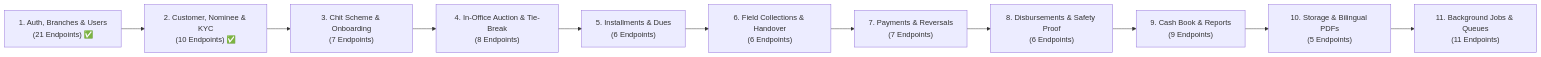
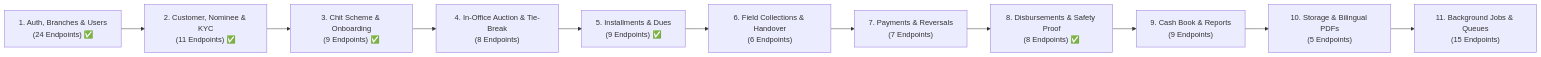
One commit to Kathir-24/Kumaran-finance changed the second of 2 diagrams in apps/api/scripts/docs/master-live-server-e2e-verification-plan.md. Above: the diagram before and after it, drawn with Mermaid. The commit also changed other lines of this file and 14 other files, not shown here.

````diff
--- a/apps/api/scripts/docs/master-live-server-e2e-verification-plan.md
+++ b/apps/api/scripts/docs/master-live-server-e2e-verification-plan.md
@@ -68,13 +68,13 @@
 ```mermaid
 flowchart LR
-    S1["1. Auth, Branches & Users\n(21 Endpoints) ✅"] --> S2["2. Customer, Nominee & KYC\n(10 Endpoints) ✅"]
-    S2 --> S3["3. Chit Scheme & Onboarding\n(7 Endpoints)"]
+    S1["1. Auth, Branches & Users\n(24 Endpoints) ✅"] --> S2["2. Customer, Nominee & KYC\n(11 Endpoints) ✅"]
+    S2 --> S3["3. Chit Scheme & Onboarding\n(9 Endpoints) ✅"]
     S3 --> S4["4. In-Office Auction & Tie-Break\n(8 Endpoints)"]
-    S4 --> S5["5. Installments & Dues\n(6 Endpoints)"]
+    S4 --> S5["5. Installments & Dues\n(9 Endpoints) ✅"]
     S5 --> S6["6. Field Collections & Handover\n(6 Endpoints)"]
     S6 --> S7["7. Payments & Reversals\n(7 Endpoints)"]
-    S7 --> S8["8. Disbursements & Safety Proof\n(6 Endpoints)"]
+    S7 --> S8["8. Disbursements & Safety Proof\n(8 Endpoints) ✅"]
     S8 --> S9["9. Cash Book & Reports\n(9 Endpoints)"]
     S9 --> S10["10. Storage & Bilingual PDFs\n(5 Endpoints)"]
-    S10 --> S11["11. Background Jobs & Queues\n(11 Endpoints)"]
+    S10 --> S11["11. Background Jobs & Queues\n(15 Endpoints)"]
 ```
````
